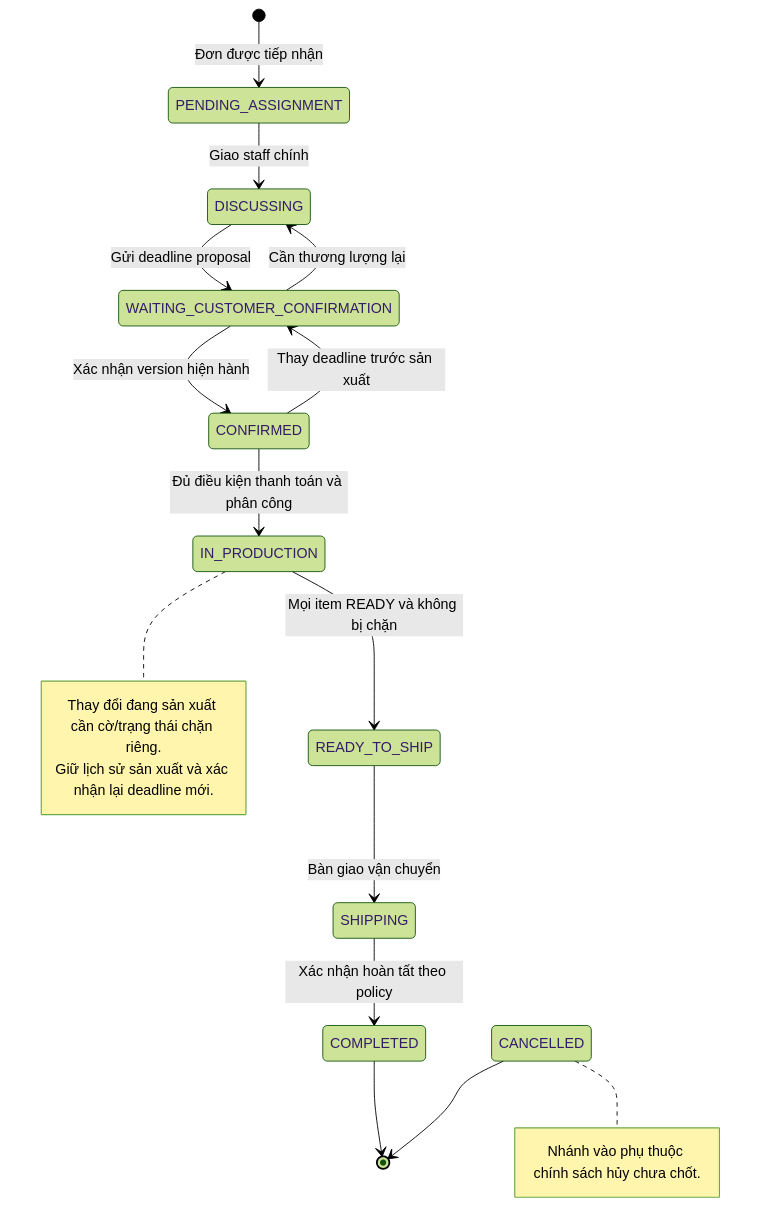
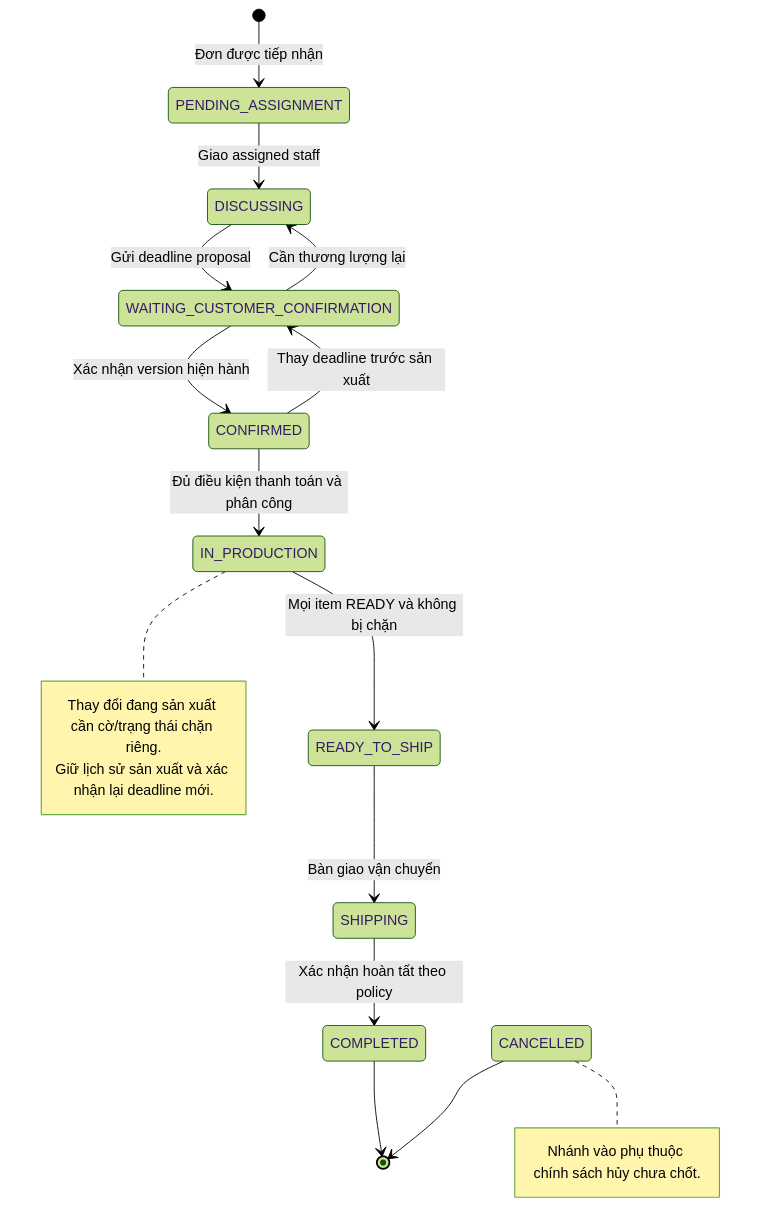
Before and after one commit to phamngoctu11/product_be: the third of 10 diagrams in docs/bao-cao-phan-tich-he-thong-made-to-order.md, drawn with Mermaid (forest theme). The commit also changed other lines of this file and 35 other files, not shown here.

````diff
--- a/docs/bao-cao-phan-tich-he-thong-made-to-order.md
+++ b/docs/bao-cao-phan-tich-he-thong-made-to-order.md
@@ -407,22 +405,22 @@
 ```mermaid
 stateDiagram-v2
     [*] --> PENDING_ASSIGNMENT: Đơn được tiếp nhận
-    PENDING_ASSIGNMENT --> DISCUSSING: Giao staff chính
+    PENDING_ASSIGNMENT --> DISCUSSING: Giao assigned staff
     DISCUSSING --> WAITING_CUSTOMER_CONFIRMATION: Gửi deadline proposal
     WAITING_CUSTOMER_CONFIRMATION --> DISCUSSING: Cần thương lượng lại
     WAITING_CUSTOMER_CONFIRMATION --> CONFIRMED: Xác nhận version hiện hành
     CONFIRMED --> WAITING_CUSTOMER_CONFIRMATION: Thay deadline trước sản xuất
     CONFIRMED --> IN_PRODUCTION: Đủ điều kiện thanh toán và phân công
     IN_PRODUCTION --> READY_TO_SHIP: Mọi item READY và không bị chặn
     READY_TO_SHIP --> SHIPPING: Bàn giao vận chuyển
     SHIPPING --> COMPLETED: Xác nhận hoàn tất theo policy
     COMPLETED --> [*]
     CANCELLED --> [*]
     note right of IN_PRODUCTION
       Thay đổi đang sản xuất cần cờ/trạng thái chặn riêng.
       Giữ lịch sử sản xuất và xác nhận lại deadline mới.
     end note
     note right of CANCELLED
       Nhánh vào phụ thuộc chính sách hủy chưa chốt.
     end note
 ```
````
